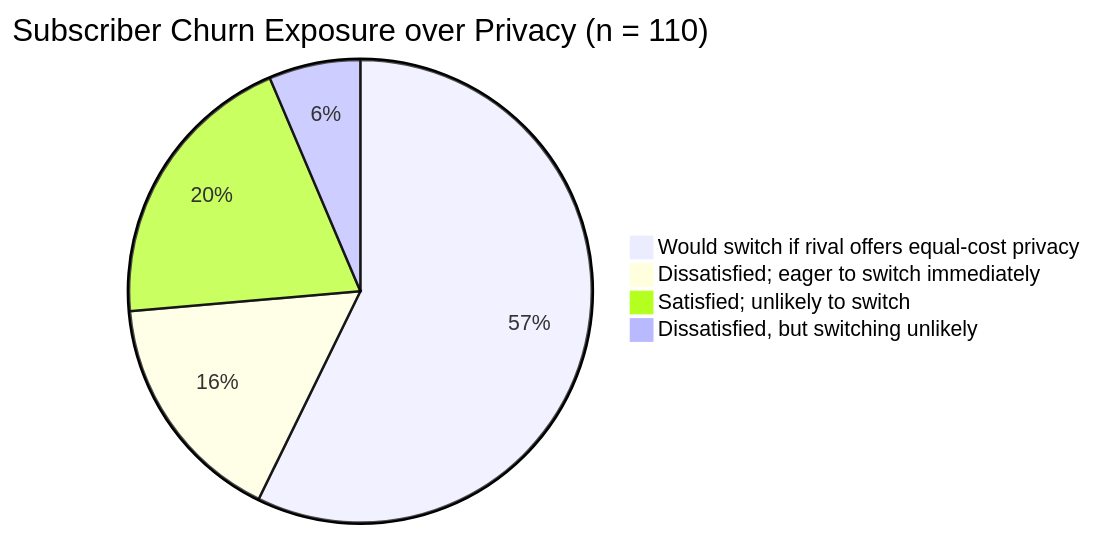
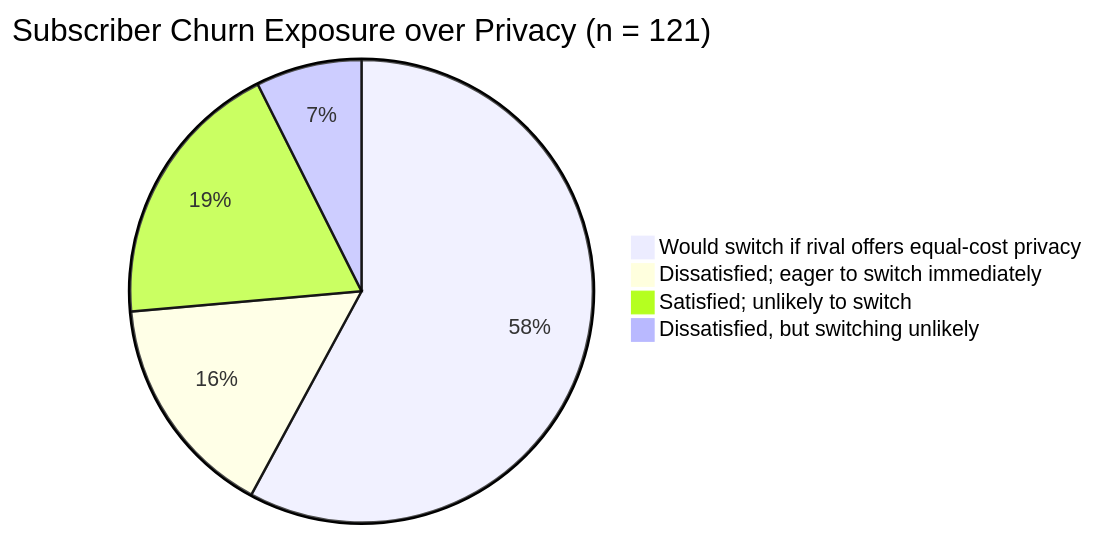
The first of 2 diagrams in 04_obsidian_notes/survey analysis.md (tahfimism/robi-dpa), drawn with Mermaid before and after one commit. The commit also changed other lines of this file and 11 other files, not shown here.

````diff
--- a/04_obsidian_notes/survey analysis.md
+++ b/04_obsidian_notes/survey analysis.md
@@ -15,7 +15,7 @@
 ```mermaid
-pie title Subscriber Churn Exposure over Privacy (n = 110)
-    "Would switch if rival offers equal-cost privacy" : 57.3
-    "Dissatisfied; eager to switch immediately" : 16.4
-    "Satisfied; unlikely to switch" : 20.0
-    "Dissatisfied, but switching unlikely" : 6.4
+pie title Subscriber Churn Exposure over Privacy (n = 121)
+    "Would switch if rival offers equal-cost privacy" : 57.9
+    "Dissatisfied; eager to switch immediately" : 15.7
+    "Satisfied; unlikely to switch" : 19.0
+    "Dissatisfied, but switching unlikely" : 7.4
 ```
````
